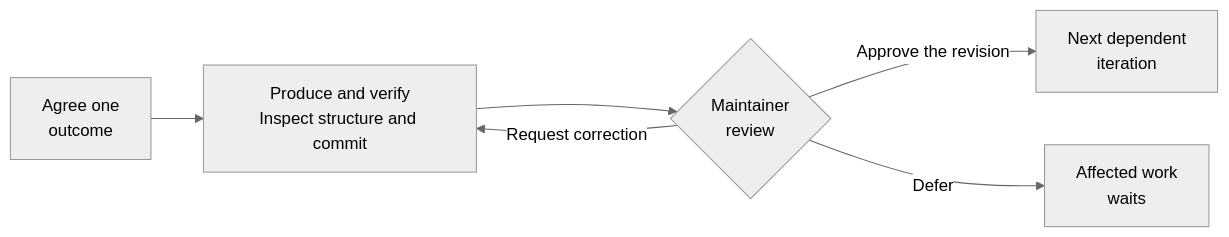
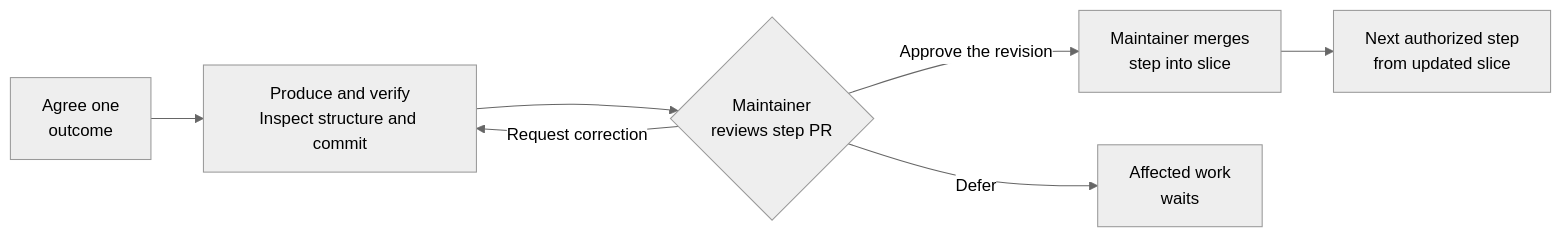
Before and after one commit to msitarz/ataraxia: the first of 2 diagrams in doc/feat/28-reviewable-workflow/spec.md, drawn with Mermaid (neutral theme). The commit also changed other lines of this file and 6 other files, not shown here.

First line of the commit message:
docs(feat): adopt slice and step review branches

````diff
--- a/doc/feat/28-reviewable-workflow/spec.md
+++ b/doc/feat/28-reviewable-workflow/spec.md
@@ -25,8 +25,9 @@
 ```mermaid
 flowchart LR
     outcome["Agree one<br/>outcome"] --> artifact["Produce and verify<br/>Inspect structure and commit"]
-    artifact --> review{"Maintainer<br/>review"}
-    review -->|Approve the revision| next["Next dependent<br/>iteration"]
+    artifact --> review{"Maintainer<br/>reviews step PR"}
+    review -->|Approve the revision| merged["Maintainer merges<br/>step into slice"]
+    merged --> next["Next authorized step<br/>from updated slice"]
     review -->|Request correction| artifact
     review -->|Defer| deferred["Affected work<br/>waits"]
 ```
````
